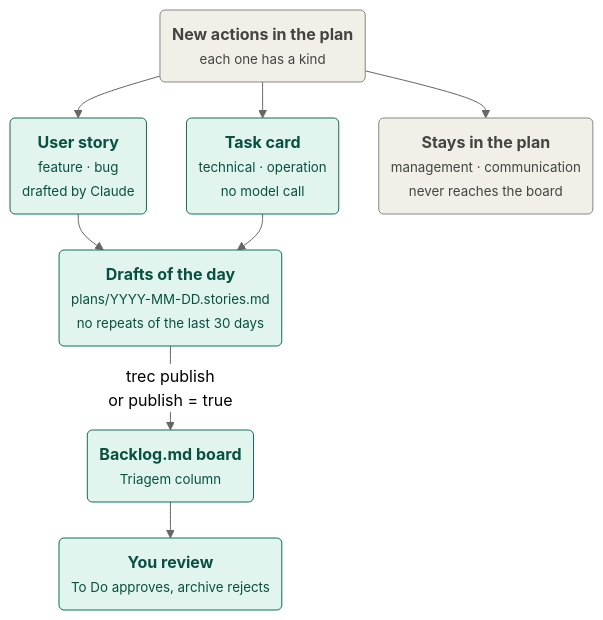
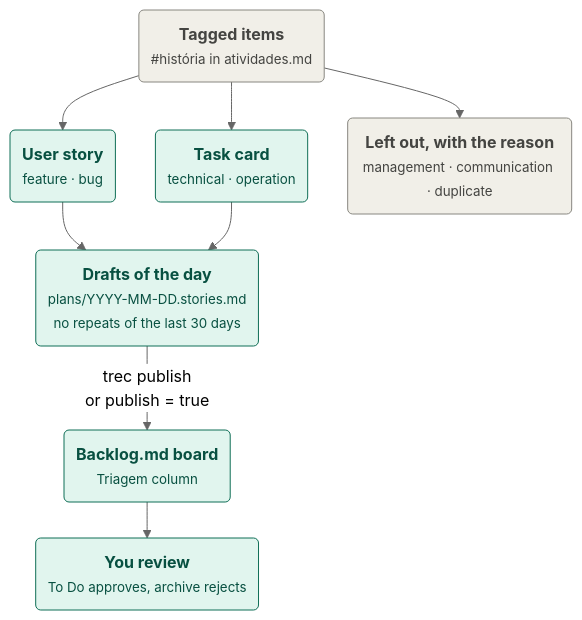
The second of 2 diagrams in README.md (felipmateus/meet-record), drawn with Mermaid (neutral theme) before and after one commit. The commit also changed other lines of this file and 31 other files, not shown here.

````diff
--- a/README.md
+++ b/README.md
@@ -420,21 +399,21 @@
 ```mermaid
 %%{init: {"flowchart": {"nodeSpacing": 40, "rankSpacing": 36, "curve": "basis", "padding": 12}}}%%
 flowchart TB
-    actions("<b>New actions in the plan</b><br/><small>each one has a kind</small>")
-    story("<b>User story</b><br/><small>feature · bug</small><br/><small>drafted by Claude</small>")
-    task("<b>Task card</b><br/><small>technical · operation</small><br/><small>no model call</small>")
-    planonly("<b>Stays in the plan</b><br/><small>management · communication</small><br/><small>never reaches the board</small>")
+    tagged("<b>Tagged items</b><br/><small>#história in atividades.md</small>")
+    story("<b>User story</b><br/><small>feature · bug</small>")
+    task("<b>Task card</b><br/><small>technical · operation</small>")
+    left("<b>Left out, with the reason</b><br/><small>management · communication · duplicate</small>")
     drafts("<b>Drafts of the day</b><br/><small>plans/YYYY-MM-DD.stories.md</small><br/><small>no repeats of the last 30 days</small>")
     board("<b>Backlog.md board</b><br/><small>Triagem column</small>")
     review("<b>You review</b><br/><small>To Do approves, archive rejects</small>")
 
-    actions --> story & task & planonly
+    tagged --> story & task & left
     story & task --> drafts
     drafts -- "trec publish<br/>or publish = true" --> board
     board --> review
 
     classDef board fill:#E1F5EE,stroke:#0F6E56,stroke-width:1px,color:#085041
     classDef neutral fill:#F1EFE8,stroke:#888780,stroke-width:1px,color:#444441
     class story,task,drafts,board,review board
-    class actions,planonly neutral
+    class tagged,left neutral
 ```
````
